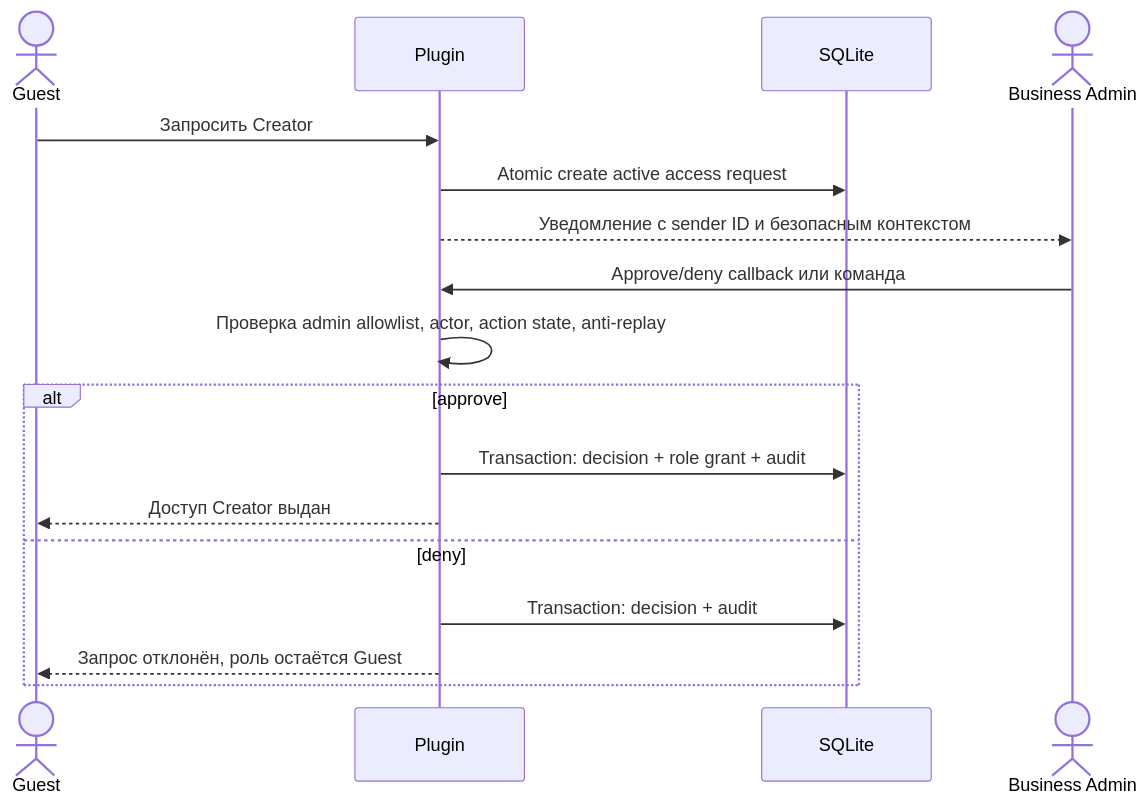
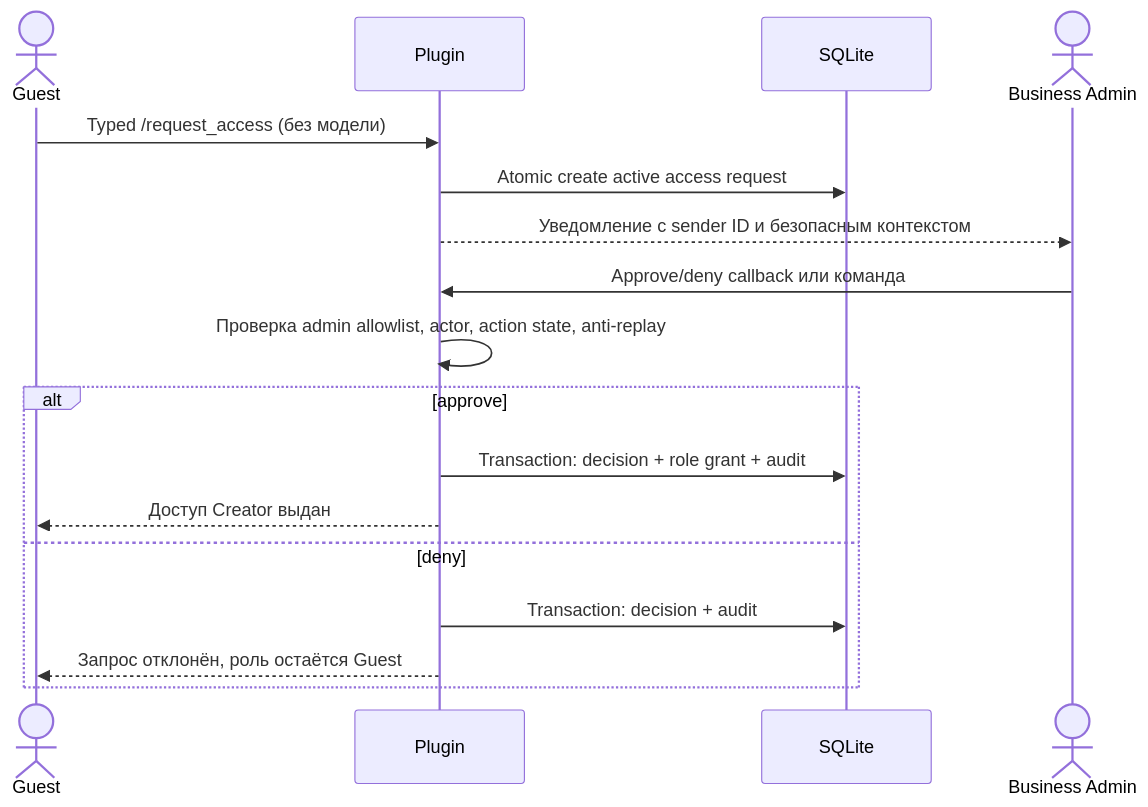
Before and after one commit to AI-Agents-account/idea-to-jira: the fifth of 12 diagrams in ARCHITECTURE.md, drawn with Mermaid. The commit also changed other lines of this file and 24 other files, not shown here.

````diff
--- a/ARCHITECTURE.md
+++ b/ARCHITECTURE.md
@@ -254,20 +256,20 @@
 ```mermaid
 sequenceDiagram
     actor G as Guest
     participant P as Plugin
     participant D as SQLite
     actor BA as Business Admin
 
-    G->>P: Запросить Creator
+    G->>P: Typed /request_access (без модели)
     P->>D: Atomic create active access request
     P-->>BA: Уведомление с sender ID и безопасным контекстом
     BA->>P: Approve/deny callback или команда
     P->>P: Проверка admin allowlist, actor, action state, anti-replay
     alt approve
       P->>D: Transaction: decision + role grant + audit
       P-->>G: Доступ Creator выдан
     else deny
       P->>D: Transaction: decision + audit
       P-->>G: Запрос отклонён, роль остаётся Guest
     end
 ```
````
